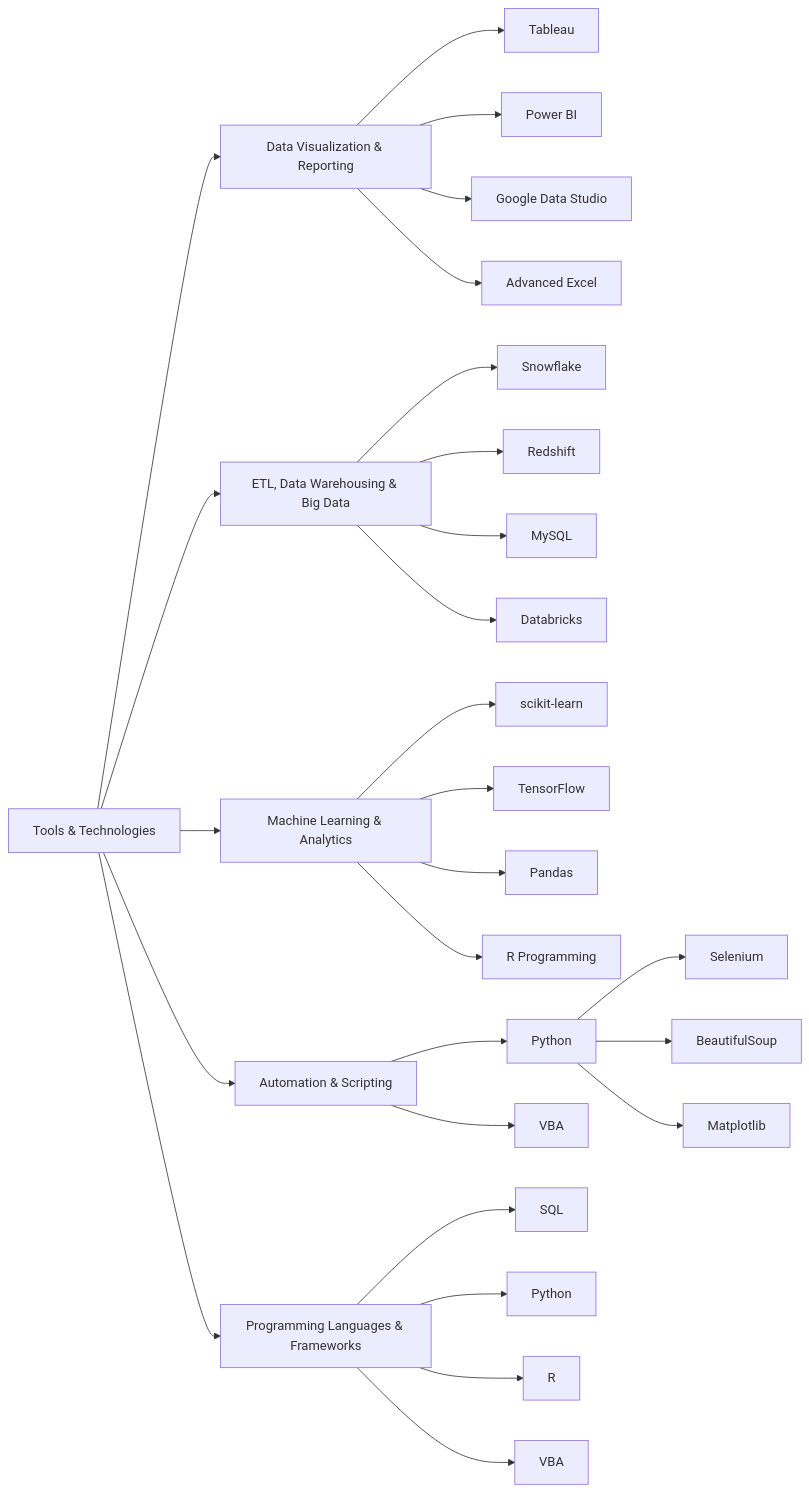
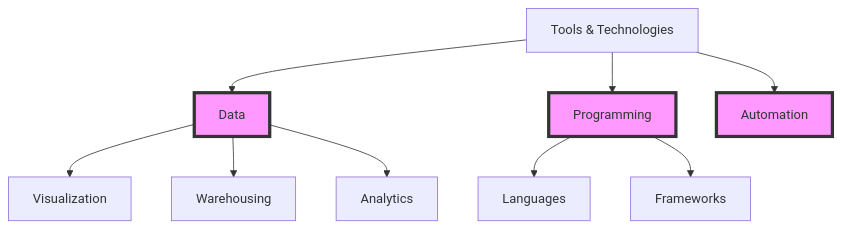
The diagram in README.md (Vignesh-Hariharan/Vignesh-hariharan), drawn with Mermaid before and after one commit.

````diff
--- a/README.md
+++ b/README.md
@@ -24,37 +24,16 @@
 ```mermaid
-graph LR;
-    A[Tools & Technologies] --> B[Data Visualization & Reporting];
-    A --> C[ETL, Data Warehousing & Big Data];
-    A --> D[Machine Learning & Analytics];
-    A --> E[Automation & Scripting];
-    A --> F[Programming Languages & Frameworks];
+graph TD
+    A[Tools & Technologies] --> B[Data]
+    A --> C[Programming]
+    A --> D[Automation]
+    B --> B1[Visualization]
+    B --> B2[Warehousing]
+    B --> B3[Analytics]
+    C --> C1[Languages]
+    C --> C2[Frameworks]
     
-    B --> B1[Tableau];
-    B --> B2[Power BI];
-    B --> B3[Google Data Studio];
-    B --> B4[Advanced Excel];
-
-    C --> C1[Snowflake];
-    C --> C2[Redshift];
-    C --> C3[MySQL];
-    C --> C4[Databricks];
-    
-    D --> D1[scikit-learn];
-    D --> D2[TensorFlow];
-    D --> D3[Pandas];
-    D --> D4[R Programming];
-    
-    E --> E1[Python];
-    E --> E2[VBA];
-    E1 --> E1a[Selenium];
-    E1 --> E1b[BeautifulSoup];
-    E1 --> E1c[Matplotlib];
-    
-    F --> F1[SQL];
-    F --> F2[Python];
-    F --> F3[R];
-    F --> F4[VBA];
-
+    classDef highlight fill:#f9f,stroke:#333,stroke-width:4px;
+    class B,C,D highlight;
 
 
 ```
````
